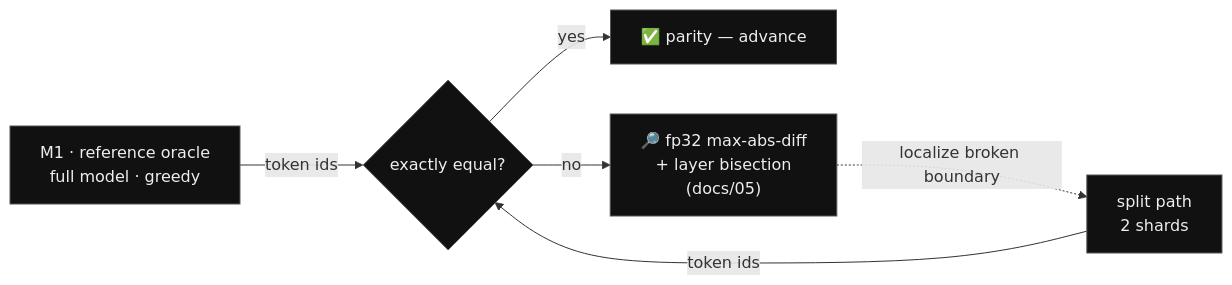
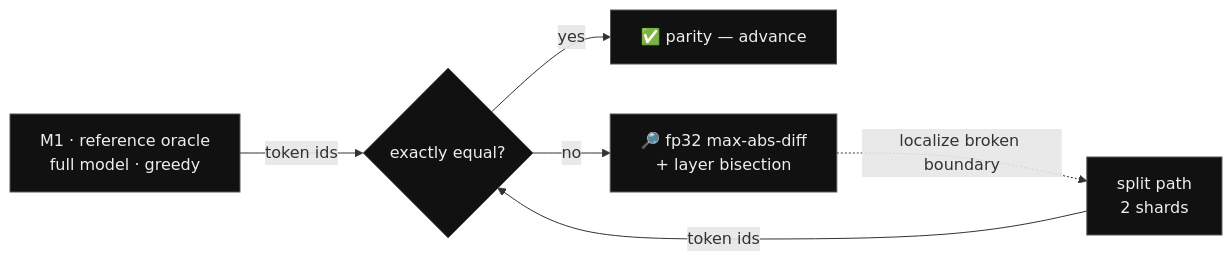
Before and after one commit to TaewoooPark/DRIFT: the fourth of 4 diagrams in README.md, drawn with Mermaid. The commit also changed other lines of this file and 5 other files, not shown here.

````diff
--- a/README.md
+++ b/README.md
@@ -251,10 +251,10 @@
 ```mermaid
 flowchart LR
     M1["M1 · reference oracle<br/>full model · greedy"] -->|token ids| GATE{"exactly equal?"}
     SPLIT["split path<br/>2 shards"] -->|token ids| GATE
     GATE -->|yes| PASS["✅ parity — advance"]
-    GATE -->|no| BISECT["🔎 fp32 max-abs-diff<br/>+ layer bisection<br/>(docs/05)"]
+    GATE -->|no| BISECT["🔎 fp32 max-abs-diff<br/>+ layer bisection"]
     BISECT -.->|localize broken boundary| SPLIT
     classDef n fill:#111,stroke:#555,color:#eee;
     class M1,SPLIT,GATE,PASS,BISECT n;
 ```
````
